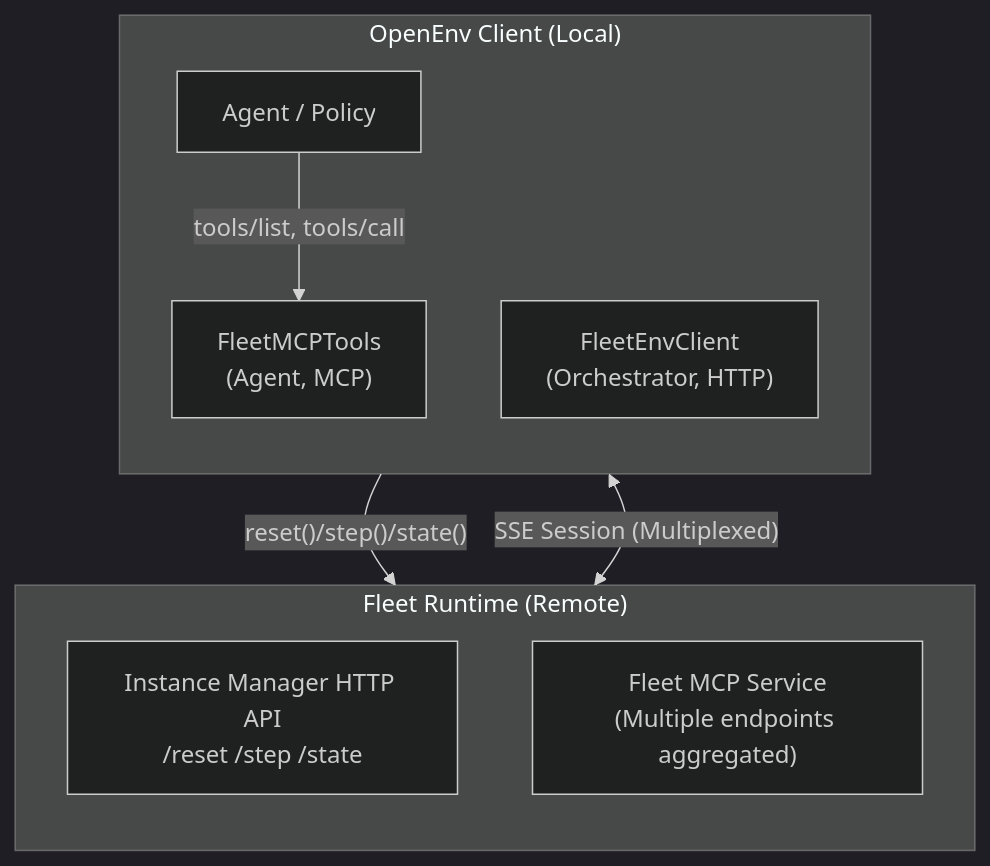
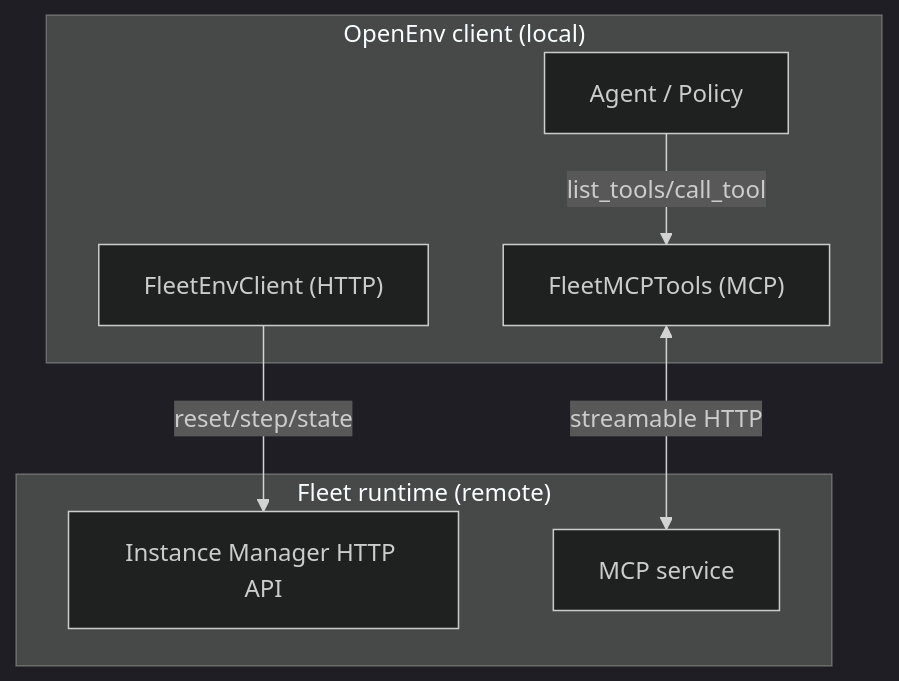
The diagram in src/envs/fleet_env/README.md (meta-pytorch/OpenEnv), drawn with Mermaid (dark theme) before and after one commit. The commit also changed other lines of this file and 8 other files, not shown here.

````diff
--- a/src/envs/fleet_env/README.md
+++ b/src/envs/fleet_env/README.md
@@ -12,22 +26,17 @@
 ```mermaid
 flowchart TB
-  subgraph Client["OpenEnv Client (Local)"]
-    direction TB
+  subgraph Client["OpenEnv client (local)"]
     Agent["Agent / Policy"]
-    Orch["FleetEnvClient<br/>(Orchestrator, HTTP)"]
-    Tools["FleetMCPTools<br/>(Agent, MCP)"]
+    Orch["FleetEnvClient (HTTP)"]
+    Tools["FleetMCPTools (MCP)"]
   end
 
-  subgraph Runtime["Fleet Runtime (Remote)"]
-    direction TB
-    HTTP["Instance Manager HTTP API<br/>/reset /step /state"]
-    MCP_SVC["Fleet MCP Service<br/>(Multiple endpoints aggregated)"]
+  subgraph Runtime["Fleet runtime (remote)"]
+    HTTP["Instance Manager HTTP API"]
+    MCP["MCP service"]
   end
 
-  %% Orchestration (RFC 001)
-  Orch --"reset()/step()/state()"--> HTTP
-
-  %% Agent actions (RFC 003)
-  Agent --"tools/list, tools/call"--> Tools
-  Tools <-->|"SSE Session (Multiplexed)"| MCP_SVC
+  Orch -- reset/step/state --> HTTP
+  Agent -- list_tools/call_tool --> Tools
+  Tools <-- streamable HTTP --> MCP
 ```
````
